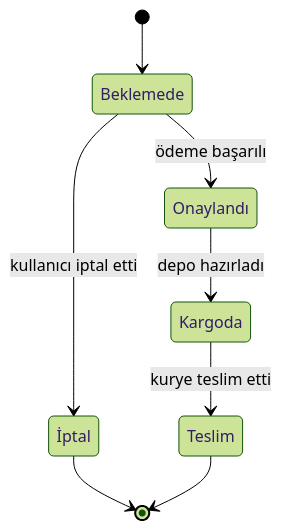
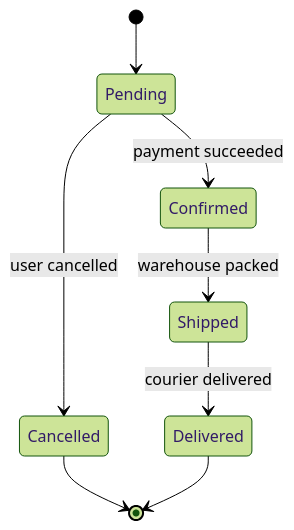
The third of 3 diagrams in skills/codebase-explainer/references/diagram-guide.md (alialtunar/agent-skills), drawn with Mermaid (forest theme) before and after one commit. The commit also changed other lines of this file and 3 other files, not shown here.

````diff
--- a/skills/codebase-explainer/references/diagram-guide.md
+++ b/skills/codebase-explainer/references/diagram-guide.md
@@ -60,10 +60,10 @@
 ```mermaid
 stateDiagram-v2
-    [*] --> Beklemede
-    Beklemede --> Onaylandı: ödeme başarılı
-    Beklemede --> İptal: kullanıcı iptal etti
-    Onaylandı --> Kargoda: depo hazırladı
-    Kargoda --> Teslim: kurye teslim etti
-    İptal --> [*]
-    Teslim --> [*]
+    [*] --> Pending
+    Pending --> Confirmed: payment succeeded
+    Pending --> Cancelled: user cancelled
+    Confirmed --> Shipped: warehouse packed
+    Shipped --> Delivered: courier delivered
+    Cancelled --> [*]
+    Delivered --> [*]
 ```
````
